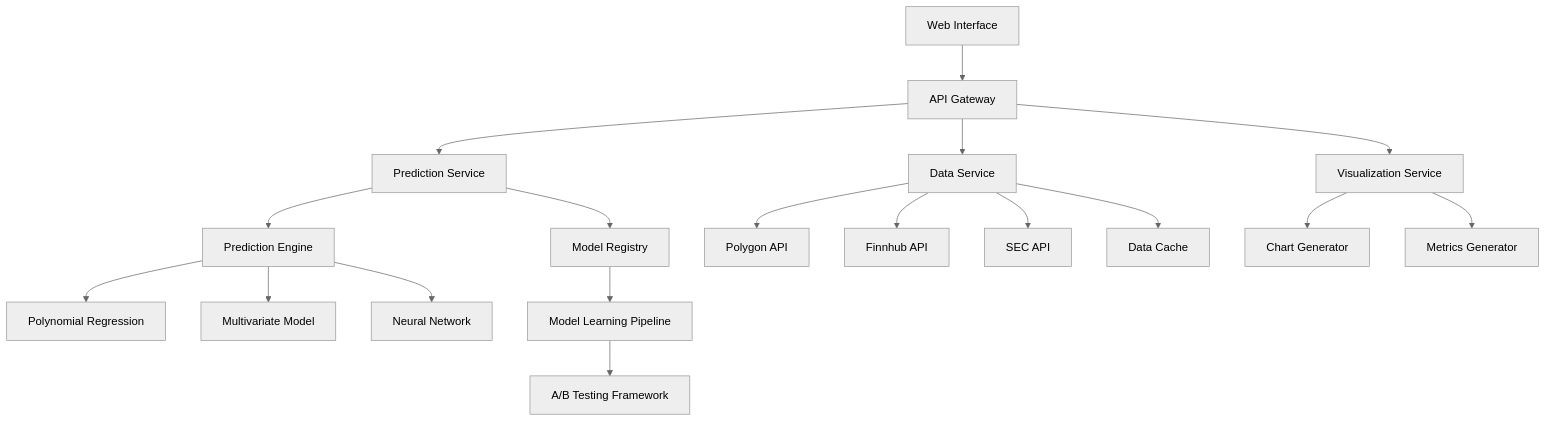
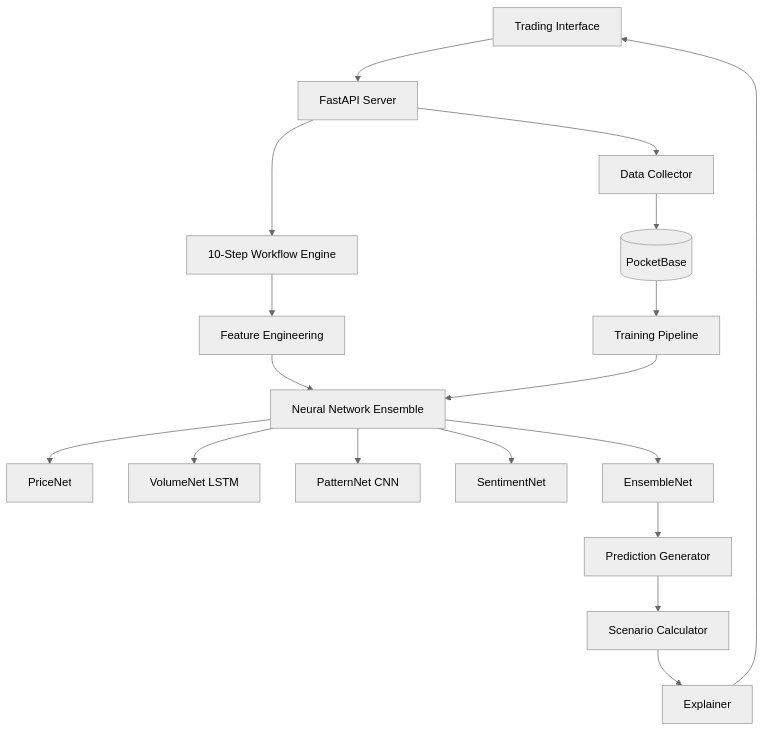
One commit to Dpope32/ANFA changed the diagram in .kiro/specs/stock-price-predictor/design.md. Above: the diagram before and after it, drawn with Mermaid (neutral theme). The commit also changed other lines of this file and 15 other files, not shown here.

````diff
--- a/.kiro/specs/stock-price-predictor/design.md
+++ b/.kiro/specs/stock-price-predictor/design.md
@@ -17,25 +9,26 @@
 ```mermaid
 graph TB
-    UI[Web Interface] --> API[API Gateway]
-    API --> PS[Prediction Service]
-    API --> DS[Data Service]
-    API --> VS[Visualization Service]
-
-    PS --> MR[Model Registry]
-    PS --> PE[Prediction Engine]
-
-    DS --> PG[Polygon API]
-    DS --> FH[Finnhub API]
-    DS --> SA[SEC API]
-    DS --> DC[Data Cache]
-
-    PE --> PR[Polynomial Regression]
-    PE --> MV[Multivariate Model]
-    PE --> NN[Neural Network]
-
-    VS --> CG[Chart Generator]
-    VS --> MG[Metrics Generator]
-
-    MR --> ML[Model Learning Pipeline]
-    ML --> AB[A/B Testing Framework]
+    UI[Trading Interface] --> API[FastAPI Server]
+    API --> WF[10-Step Workflow Engine]
+    
+    WF --> FE[Feature Engineering]
+    FE --> NN[Neural Network Ensemble]
+    
+    NN --> PN[PriceNet]
+    NN --> VN[VolumeNet LSTM]
+    NN --> CN[PatternNet CNN]
+    NN --> SN[SentimentNet]
+    NN --> EN[EnsembleNet]
+    
+    API --> DC[Data Collector]
+    DC --> PB[(PocketBase)]
+    
+    PB --> TR[Training Pipeline]
+    TR --> NN
+    
+    EN --> PG[Prediction Generator]
+    PG --> SC[Scenario Calculator]
+    SC --> EX[Explainer]
+    
+    EX --> UI
 ```
````
